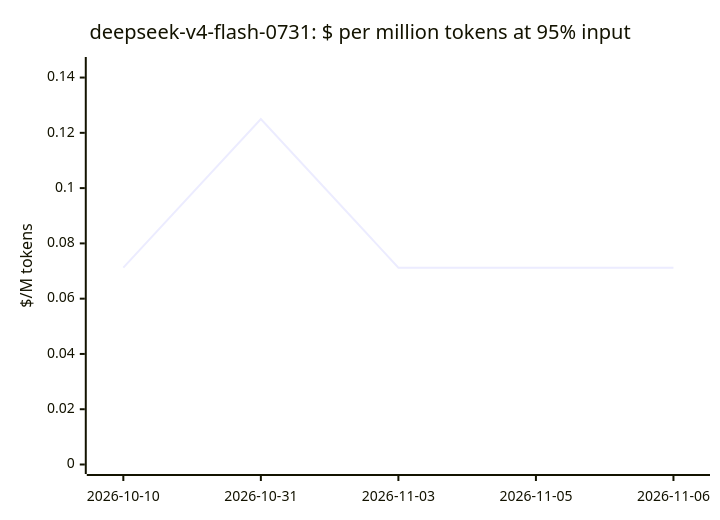
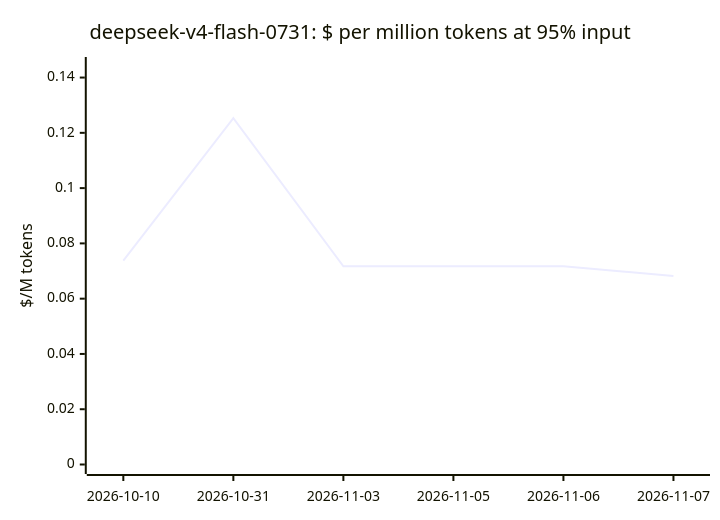
The eighth of 20 diagrams in docs/openrouter-models.md (cklukas/OMEGA_TRANSFORM), drawn with Mermaid before and after one commit. The commit also changed other lines of this file and 68 other files, not shown here.

````diff
--- a/docs/openrouter-models.md
+++ b/docs/openrouter-models.md
@@ -202,7 +201,7 @@
 ```mermaid
 xychart-beta
     title "deepseek-v4-flash-0731: $ per million tokens at 95% input"
-    x-axis ["2026-10-10", "2026-10-31", "2026-11-03", "2026-11-05", "2026-11-06"]
+    x-axis ["2026-10-10", "2026-10-31", "2026-11-03", "2026-11-05", "2026-11-06", "2026-11-07"]
     y-axis "$/M tokens" 0 --> 0.144
-    line [0.07122, 0.125, 0.07123, 0.07123, 0.07123]
+    line [0.07378, 0.1253, 0.07171, 0.07171, 0.07171, 0.06821]
 ```
````
